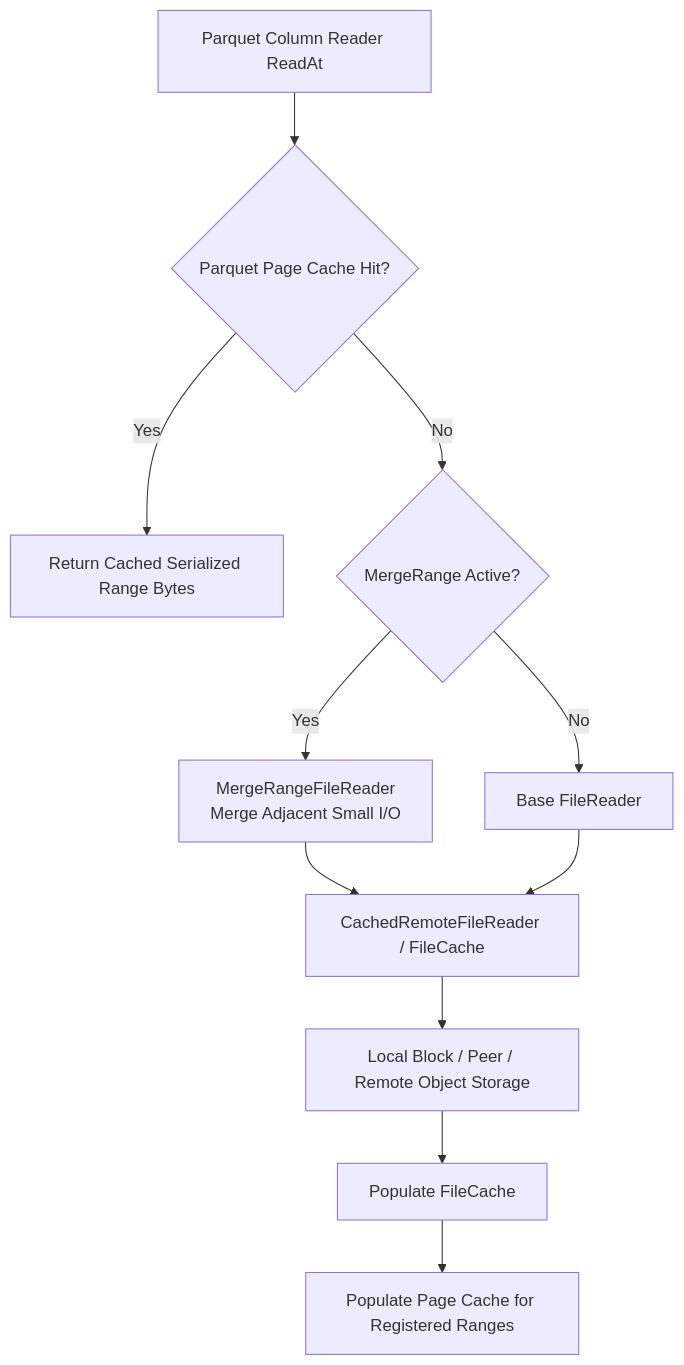
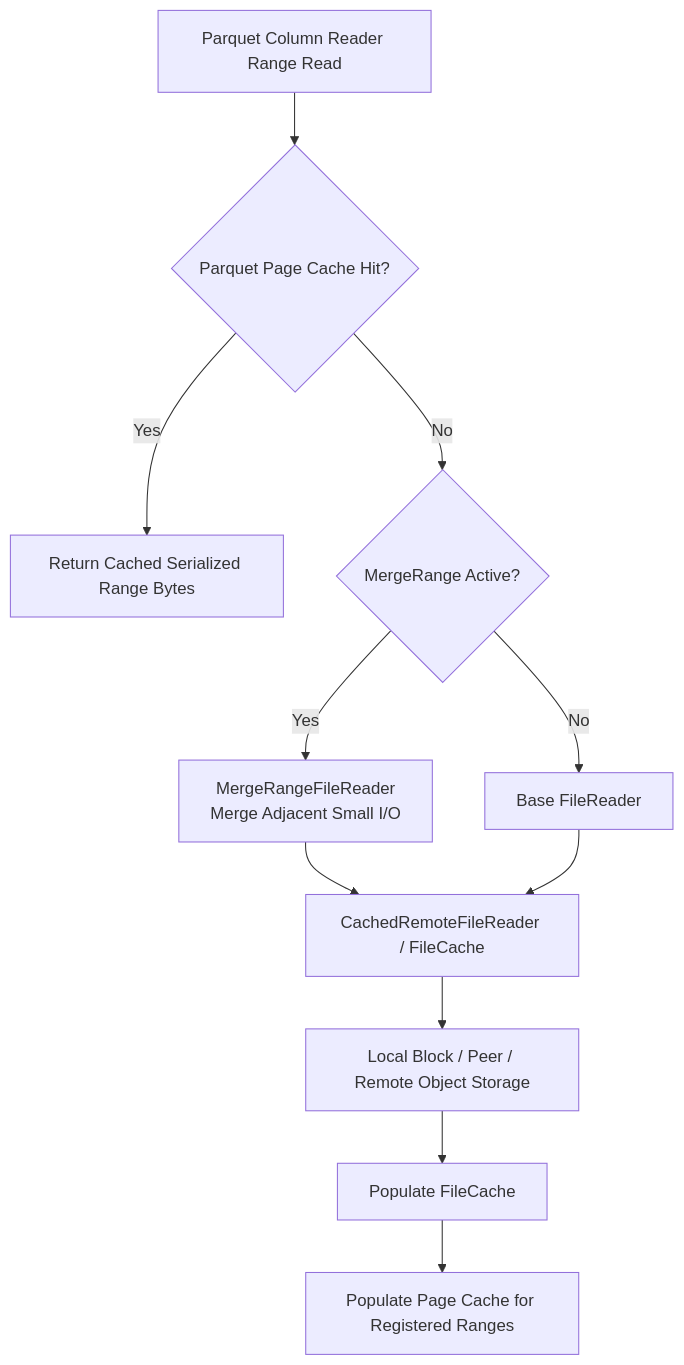
Before and after one commit to apache/doris: the tenth of 14 diagrams in docs/file-scanner-v2-parquet-scan-design.md, drawn with Mermaid. The commit also changed other lines of this file and 171 other files, not shown here.

````diff
--- a/docs/file-scanner-v2-parquet-scan-design.md
+++ b/docs/file-scanner-v2-parquet-scan-design.md
@@ -321,13 +642,13 @@
 ```mermaid
 flowchart TB
-  A[Parquet Column Reader ReadAt] --> B{Parquet Page Cache Hit?}
+  A[Parquet Column Reader Range Read] --> B{Parquet Page Cache Hit?}
   B -- "Yes" --> C[Return Cached Serialized Range Bytes]
   B -- "No" --> D{MergeRange Active?}
   D -- "Yes" --> E[MergeRangeFileReader<br>Merge Adjacent Small I/O]
   D -- "No" --> F[Base FileReader]
   E --> G[CachedRemoteFileReader / FileCache]
   F --> G
   G --> H[Local Block / Peer / Remote Object Storage]
   H --> I[Populate FileCache]
   I --> J[Populate Page Cache for Registered Ranges]
 ```
````
